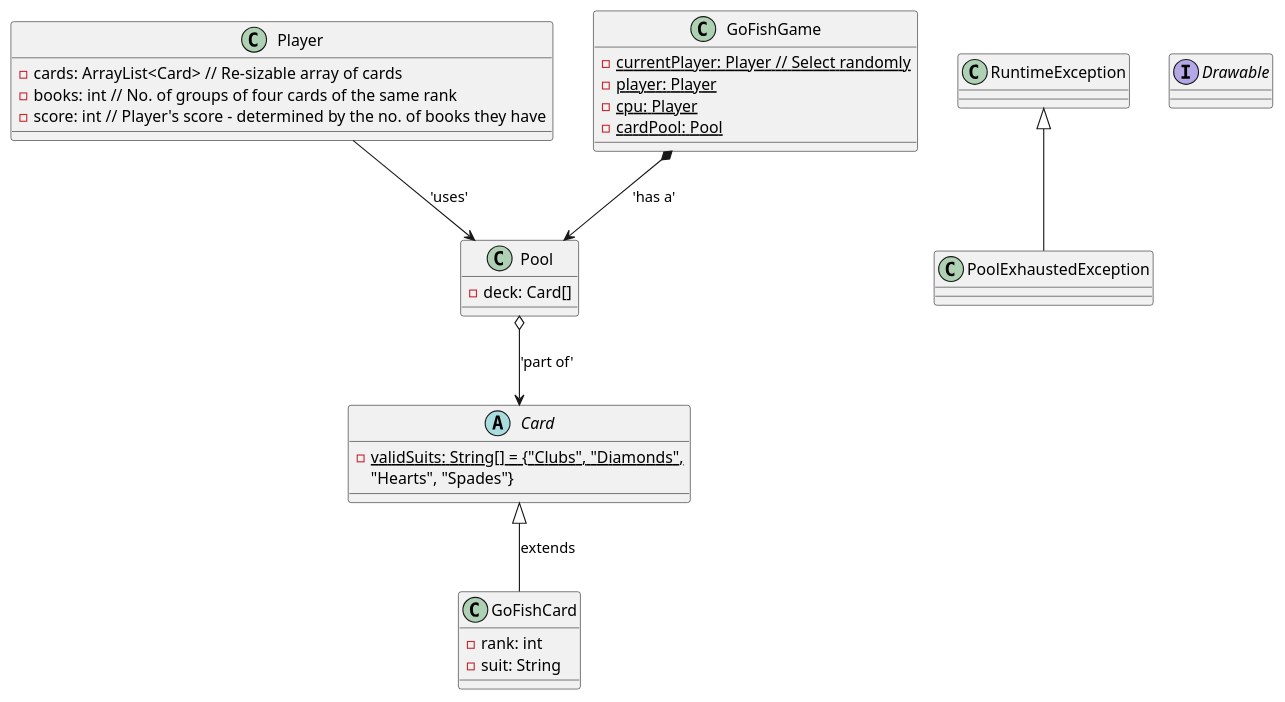
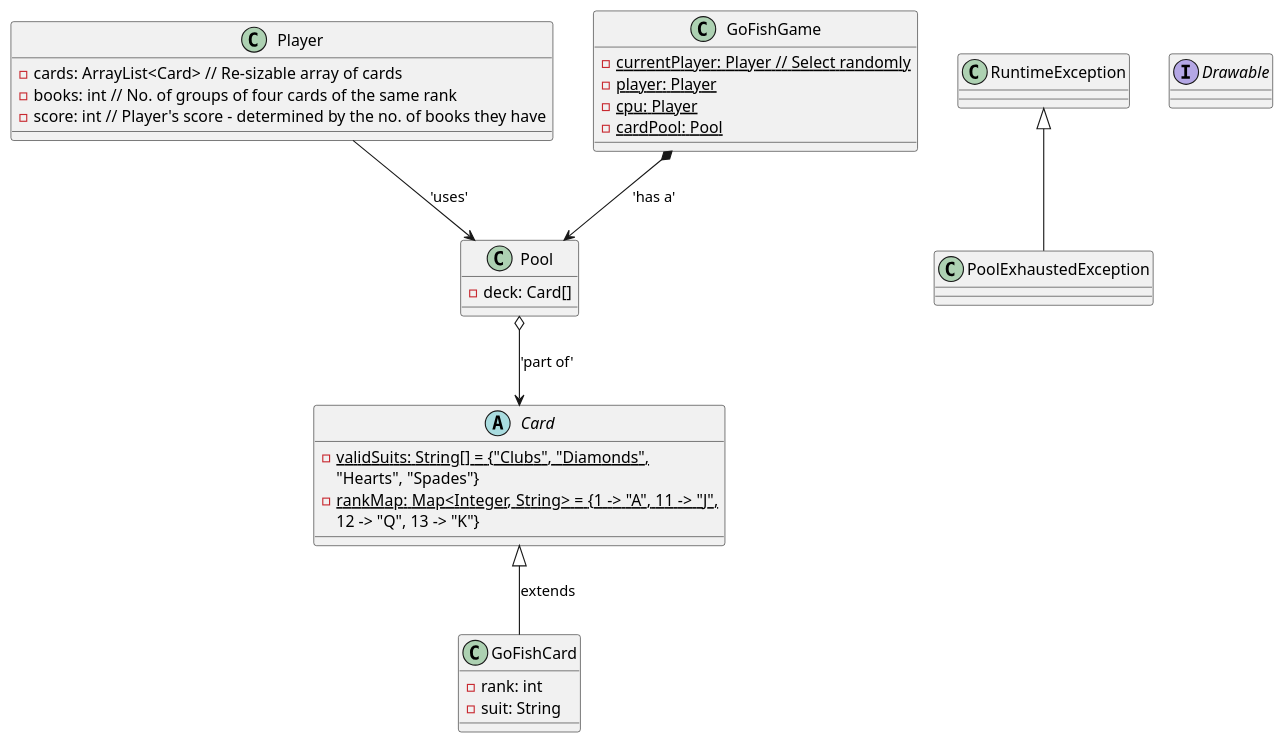
The diagram in doc/GoFish.puml (SanteIsHere/GoFishFinalProject), drawn with PlantUML before and after one commit. The commit also changed 2 other files, not shown here.

Commit message:
Define custom exception class `PoolExhaustedException`; Update UML diagram

```diff
--- a/doc/GoFish.puml
+++ b/doc/GoFish.puml
@@ -1,52 +1,54 @@
-@startuml
+@startuml GoFishGame
 
 ' note top of Game
 '     "Go Fish simulation for two players"
 ' end note
 
 class Player {
     - cards: ArrayList<Card> // Re-sizable array of cards
     - books: int // No. of groups of four cards of the same rank
     - score: int // Player's score - determined by the no. of books they have
 }
 
 class GoFishGame {
     - {static} currentPlayer: Player // Select randomly
     - {static} player: Player
     - {static} cpu: Player
     - {static} cardPool: Pool
 }
 
 class Pool {
     - deck: Card[]
 }
 
 ' note right of Pool
 '     "Represents the deck of available cards"
 ' end note
 
 abstract class Card {
     - {static} validSuits: String[] = {"Clubs", "Diamonds", 
     "Hearts", "Spades"}
+    - {static} rankMap: Map<Integer, String> = {1 -> "A", 11 -> "J", 
+    12 -> "Q", 13 -> "K"}
 }
 
 class GoFishCard {
     - rank: int
     - suit: String
 }
 
 class PoolExhaustedException extends RuntimeException {
 
 }
 
 interface Drawable {
     
 }
 
 Player --> Pool: 'uses'
 Pool o--> Card: 'part of'
 GoFishCard -up-|> Card: extends
 GoFishGame *--> Pool: 'has a'
 
 
 @enduml
```
